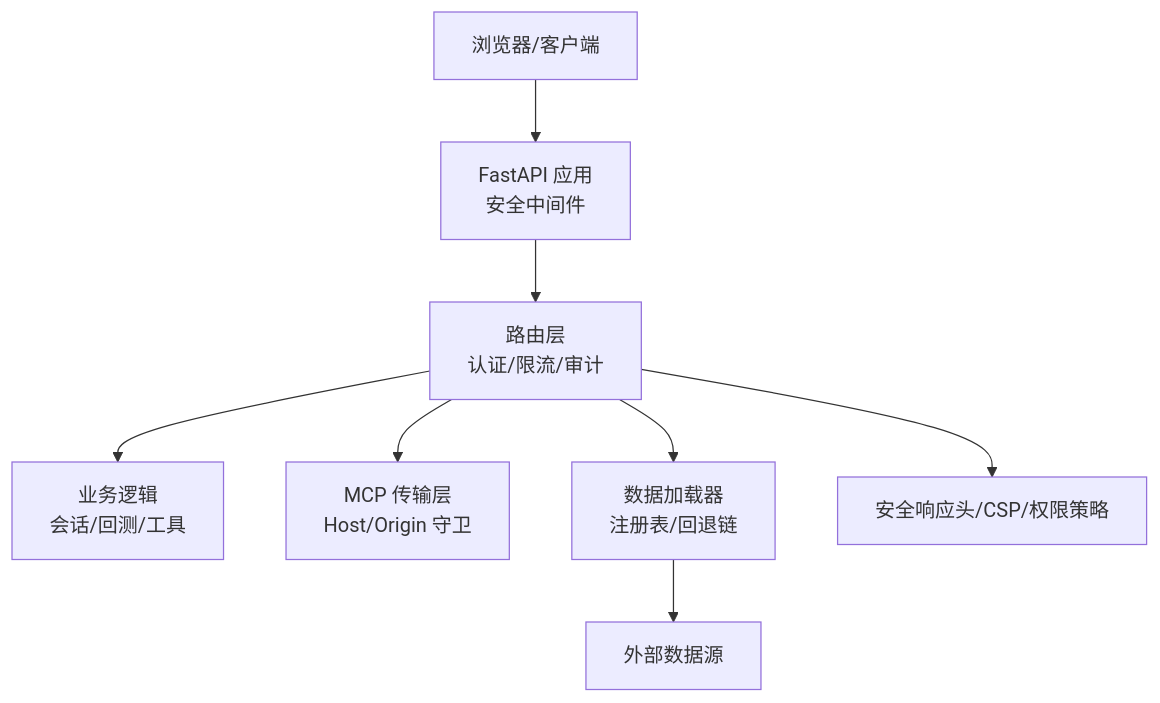
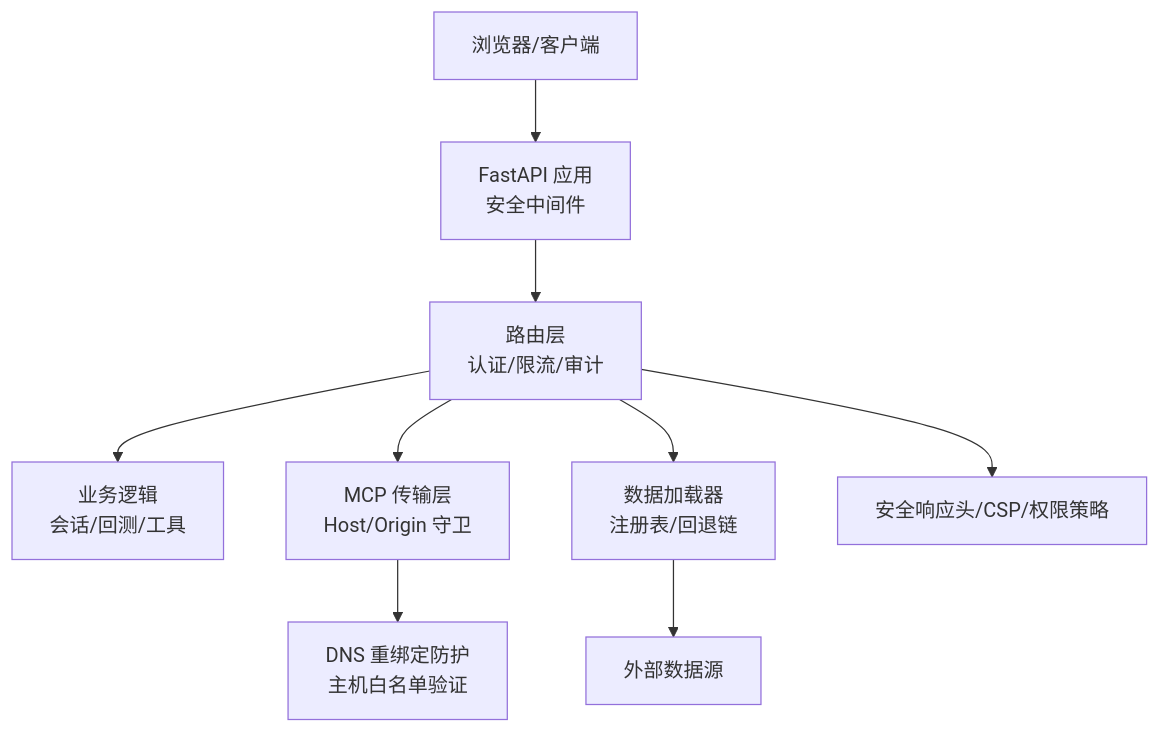
One commit to 20012002er/Vibe-Trading changed the first of 10 diagrams in .qoder/repowiki/zh/content/安全系统/网络安全防护.md. Above: the diagram before and after it, drawn with Mermaid. The commit also changed other lines of this file and 67 other files, not shown here.

````diff
--- a/.qoder/repowiki/zh/content/安全系统/网络安全防护.md
+++ b/.qoder/repowiki/zh/content/安全系统/网络安全防护.md
@@ -35,10 +46,11 @@
 ```mermaid
 graph TB
 A["浏览器/客户端"] --> B["FastAPI 应用<br/>安全中间件"]
 B --> C["路由层<br/>认证/限流/审计"]
 C --> D["业务逻辑<br/>会话/回测/工具"]
 C --> E["MCP 传输层<br/>Host/Origin 守卫"]
 C --> F["数据加载器<br/>注册表/回退链"]
 F --> G["外部数据源"]
 C --> H["安全响应头/CSP/权限策略"]
+E --> I["DNS 重绑定防护<br/>主机白名单验证"]
 ```
````
